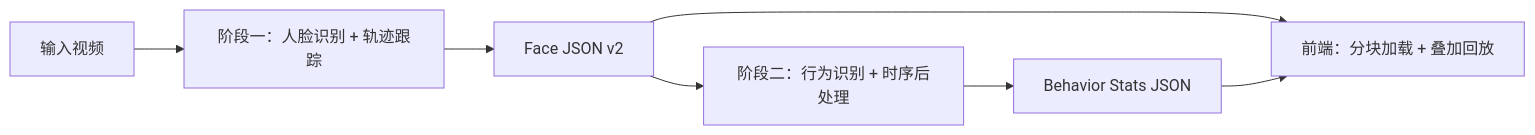
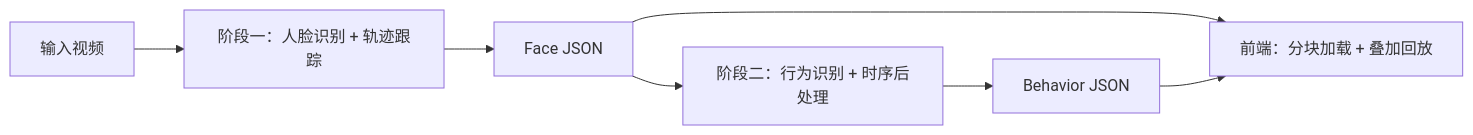
Before and after one commit to James-Leong/classroom-behavior-analysis: the diagram in docs/RESEARCH_REPORT.md, drawn with Mermaid. The commit also changed other lines of this file, not shown here.

````diff
--- a/docs/RESEARCH_REPORT.md
+++ b/docs/RESEARCH_REPORT.md
@@ -26,9 +50,9 @@
 ```mermaid
 flowchart LR
     A[输入视频] --> B[阶段一：人脸识别 + 轨迹跟踪]
-    B --> C[Face JSON v2]
+    B --> C[Face JSON]
     C --> D[阶段二：行为识别 + 时序后处理]
-    D --> E[Behavior Stats JSON]
+    D --> E[Behavior JSON]
     C --> F[前端：分块加载 + 叠加回放]
     E --> F
 ```
````
